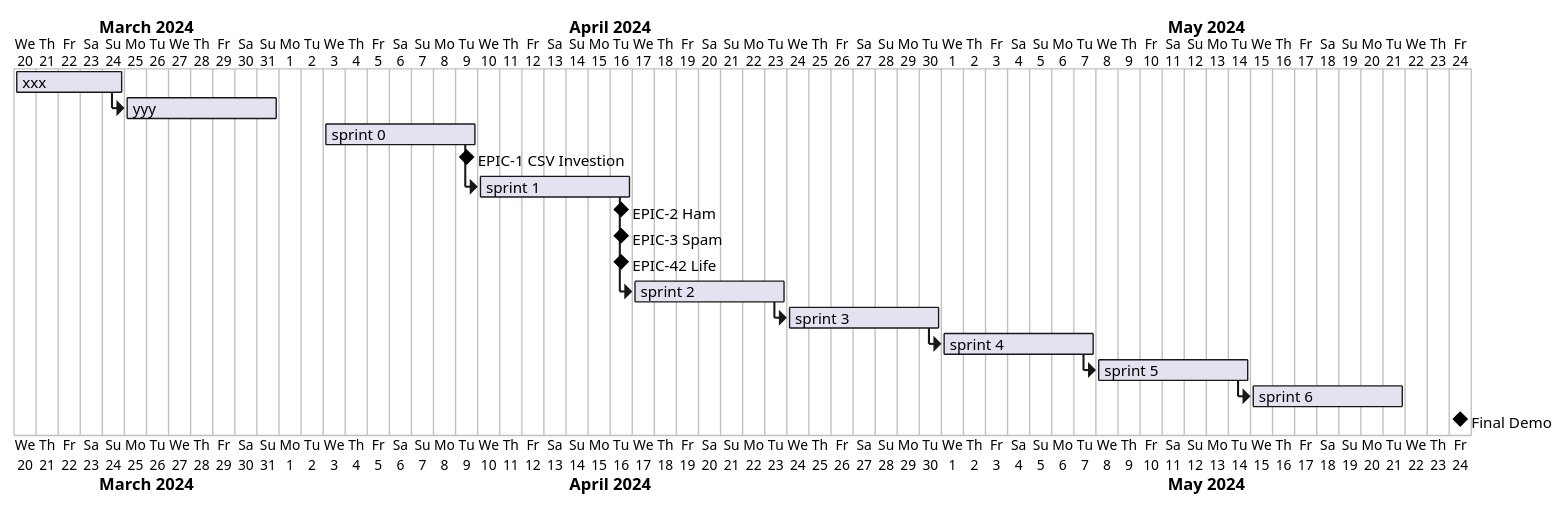
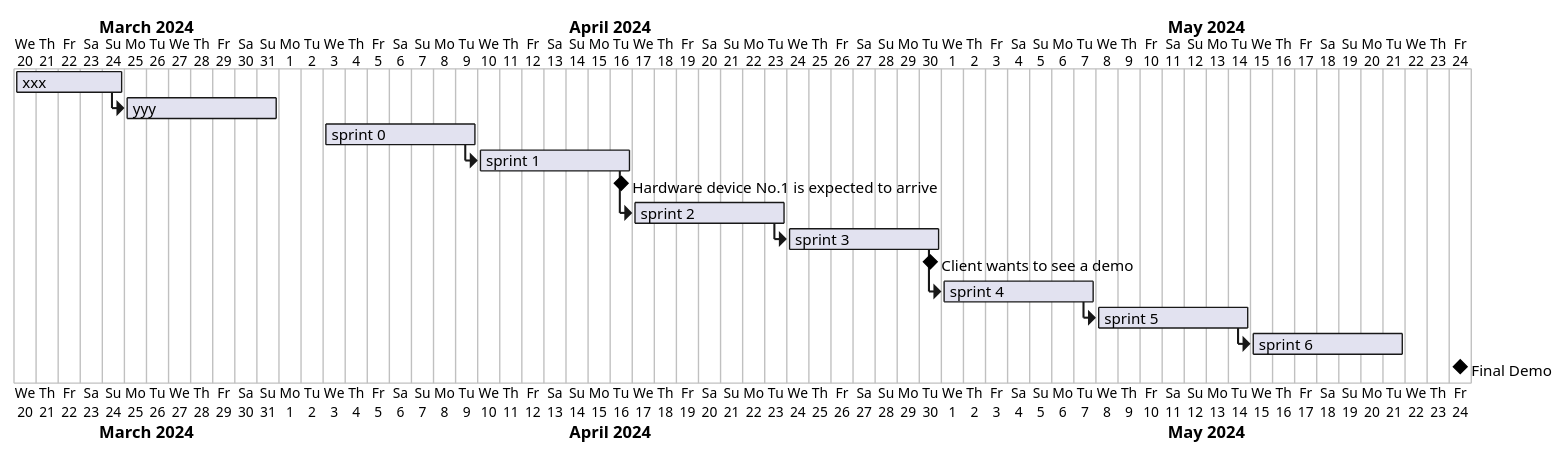
One commit to sourander/kamk-cookiecutters changed the fifth of 5 diagrams in project/{{cookiecutter.containing_folder}}/docs/docs/forms/spec.md. Above: the diagram before and after it, drawn with PlantUML. The commit also changed other lines of this file and 9 other files, not shown here.

````diff
--- a/project/{{cookiecutter.containing_folder}}/docs/docs/forms/spec.md
+++ b/project/{{cookiecutter.containing_folder}}/docs/docs/forms/spec.md
@@ -180,25 +117,25 @@
 ```puml
 @startgantt
 Project starts 2024-03-20
 [xxx] starts 2024-03-20 and ends 2024-03-24
 [yyy] starts at [xxx]'s end
 [yyy] ends 2024-03-31
 
 [sprint 0] starts at 2024-04-03 and lasts 7 days
-[EPIC-1 CSV Investion] happens at [sprint 0]'s end
 
 [sprint 1] starts at [sprint 0]'s end and lasts 7 days
-[EPIC-2 Ham] happens at [sprint 1]'s end
-[EPIC-3 Spam] happens at [sprint 1]'s end
-[EPIC-42 Life] happens at [sprint 1]'s end
+[Hardware device No.1 is expected to arrive] happens at [sprint 1]'s end
 
 [sprint 2] starts at [sprint 1]'s end and lasts 7 days
+
 [sprint 3] starts at [sprint 2]'s end and lasts 7 days
+[Client wants to see a demo] happens at [sprint 3]'s end
+
 [sprint 4] starts at [sprint 3]'s end and lasts 7 days
 [sprint 5] starts at [sprint 4]'s end and lasts 7 days
 [sprint 6] starts at [sprint 5]'s end and lasts 7 days
 
 [Final Demo] happens at 2024-05-24
 
 @endgantt
 ```
````
